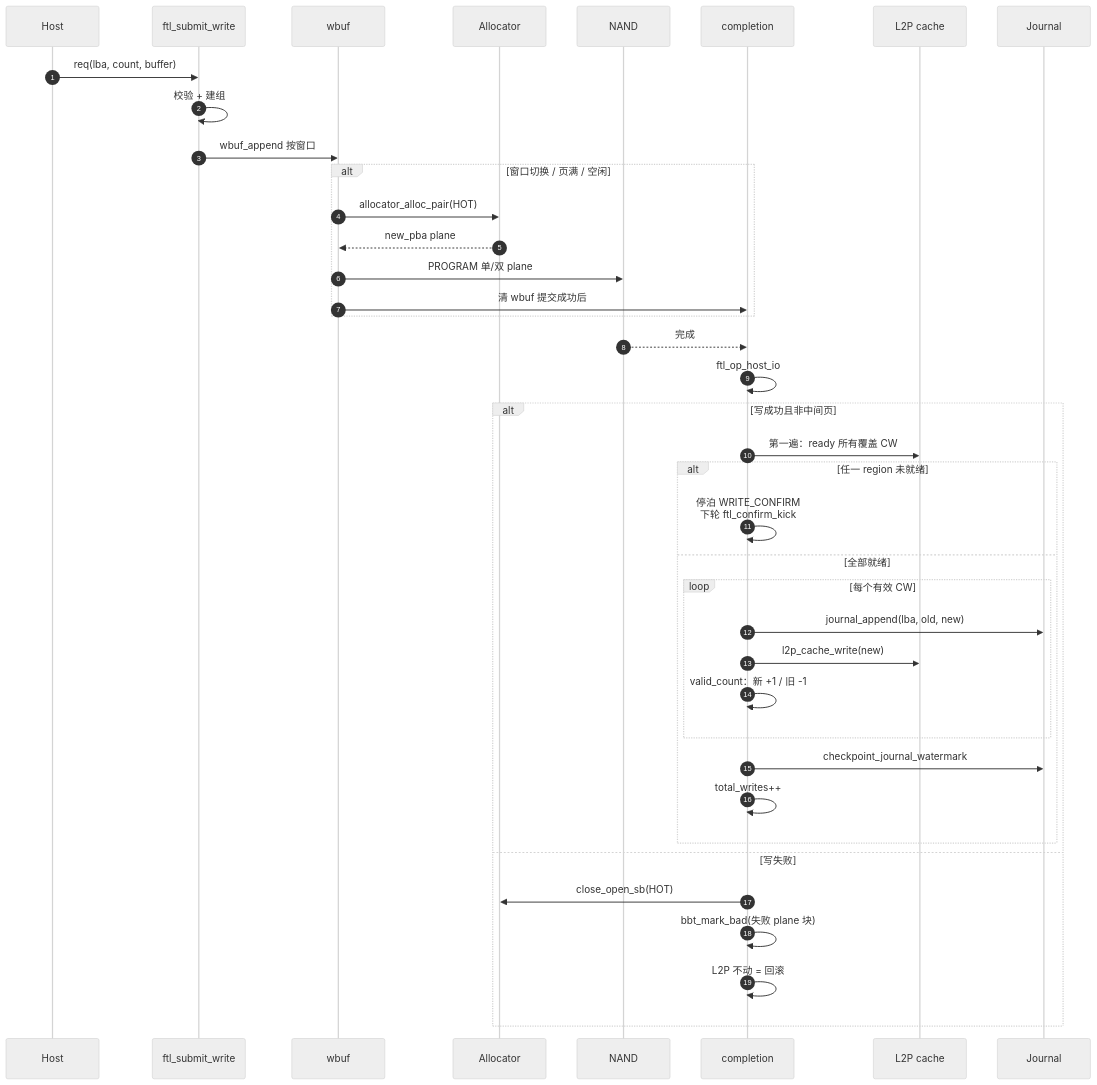
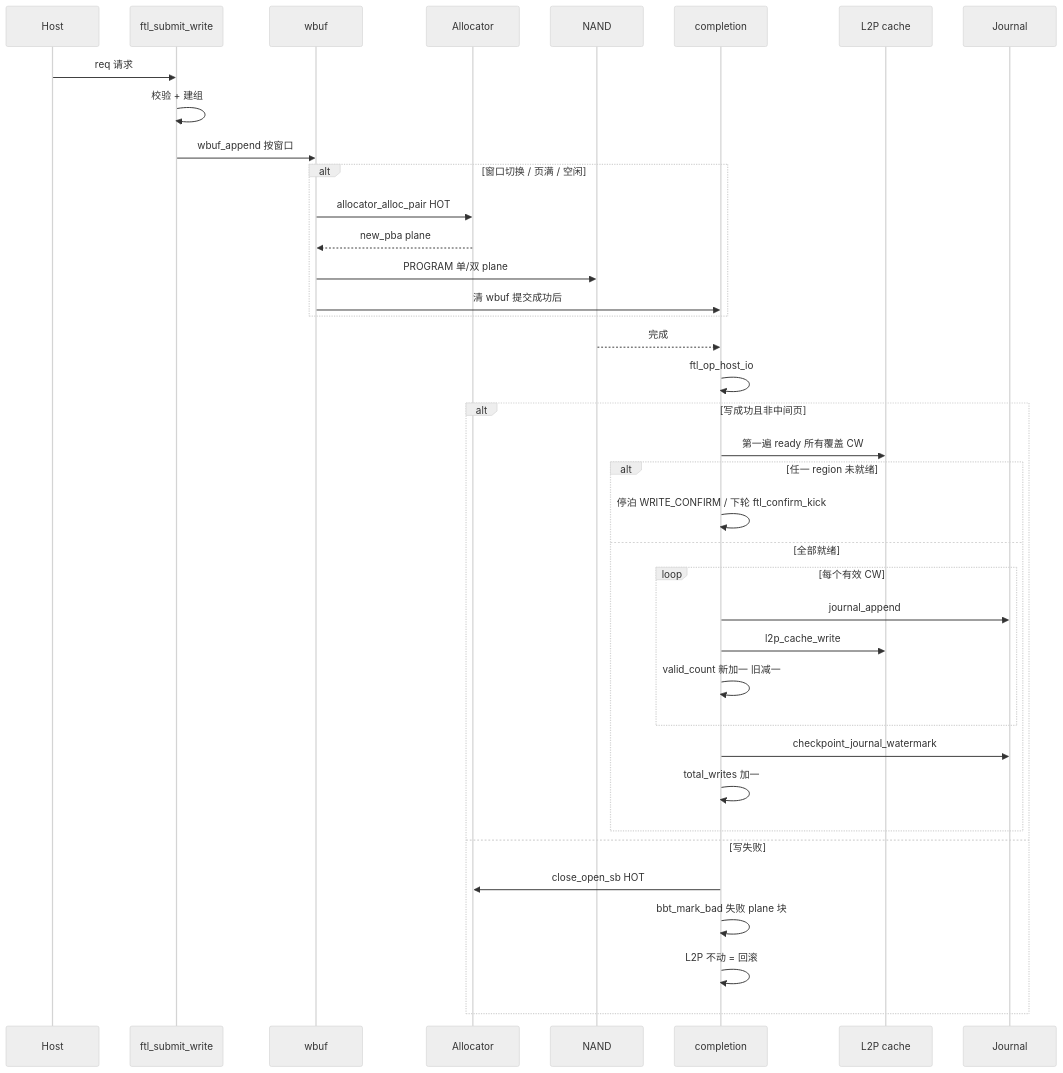
Before and after one commit to YzYMIAO/BASESSD: diagram 23 of 28 in docs/design/ftl_design.md, drawn with Mermaid (neutral theme). The commit also changed other lines of this file, not shown here.

First line of the commit message:
docs(ftl): 补充推荐阅读顺序并清理 mermaid 序列图

````diff
--- a/docs/design/ftl_design.md
+++ b/docs/design/ftl_design.md
@@ -2914,42 +2947,41 @@
 ```mermaid
 sequenceDiagram
-    autonumber
     participant H as Host
     participant F as ftl_submit_write
     participant W as wbuf
     participant A as Allocator
     participant N as NAND
     participant C as completion
     participant L as L2P cache
     participant J as Journal
 
-    H->>F: req(lba, count, buffer)
+    H->>F: req 请求
     F->>F: 校验 + 建组
     F->>W: wbuf_append 按窗口
     alt 窗口切换 / 页满 / 空闲
-        W->>A: allocator_alloc_pair(HOT)
+        W->>A: allocator_alloc_pair HOT
         A-->>W: new_pba plane
         W->>N: PROGRAM 单/双 plane
         W->>C: 清 wbuf 提交成功后
     end
     N-->>C: 完成
     C->>C: ftl_op_host_io
     alt 写成功且非中间页
-        C->>L: 第一遍：ready 所有覆盖 CW
+        C->>L: 第一遍 ready 所有覆盖 CW
         alt 任一 region 未就绪
-            C->>C: 停泊 WRITE_CONFIRM<br/>下轮 ftl_confirm_kick
+            C->>C: 停泊 WRITE_CONFIRM / 下轮 ftl_confirm_kick
         else 全部就绪
             loop 每个有效 CW
-                C->>J: journal_append(lba, old, new)
-                C->>L: l2p_cache_write(new)
-                C->>C: valid_count：新 +1 / 旧 -1
+                C->>J: journal_append
+                C->>L: l2p_cache_write
+                C->>C: valid_count 新加一 旧减一
             end
             C->>J: checkpoint_journal_watermark
-            C->>C: total_writes++
+            C->>C: total_writes 加一
         end
     else 写失败
-        C->>A: close_open_sb(HOT)
-        C->>C: bbt_mark_bad(失败 plane 块)
+        C->>A: close_open_sb HOT
+        C->>C: bbt_mark_bad 失败 plane 块
         C->>C: L2P 不动 = 回滚
     end
 ```
````
